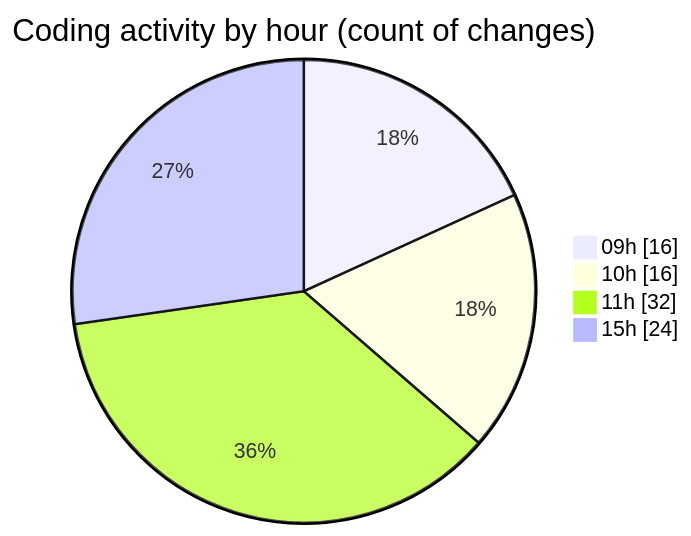
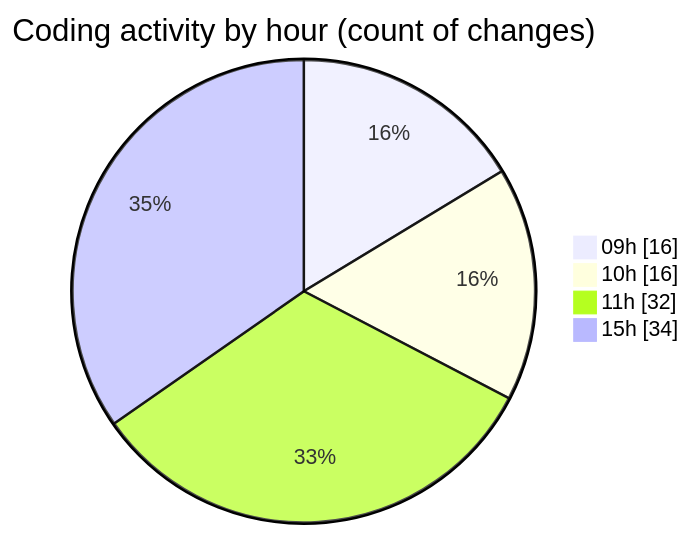
The second of 2 diagrams in 2025-07-04/cda/README.md (momahboobian/code-tracking), drawn with Mermaid before and after one commit. The commit also changed other lines of this file and 1 other file, not shown here.

````diff
--- a/2025-07-04/cda/README.md
+++ b/2025-07-04/cda/README.md
@@ -48,8 +51,8 @@
 ```mermaid
 pie showData
 title Coding activity by hour (count of changes)
 "09h" : 16
 "10h" : 16
 "11h" : 32
-"15h" : 24
+"15h" : 34
 ```
````
